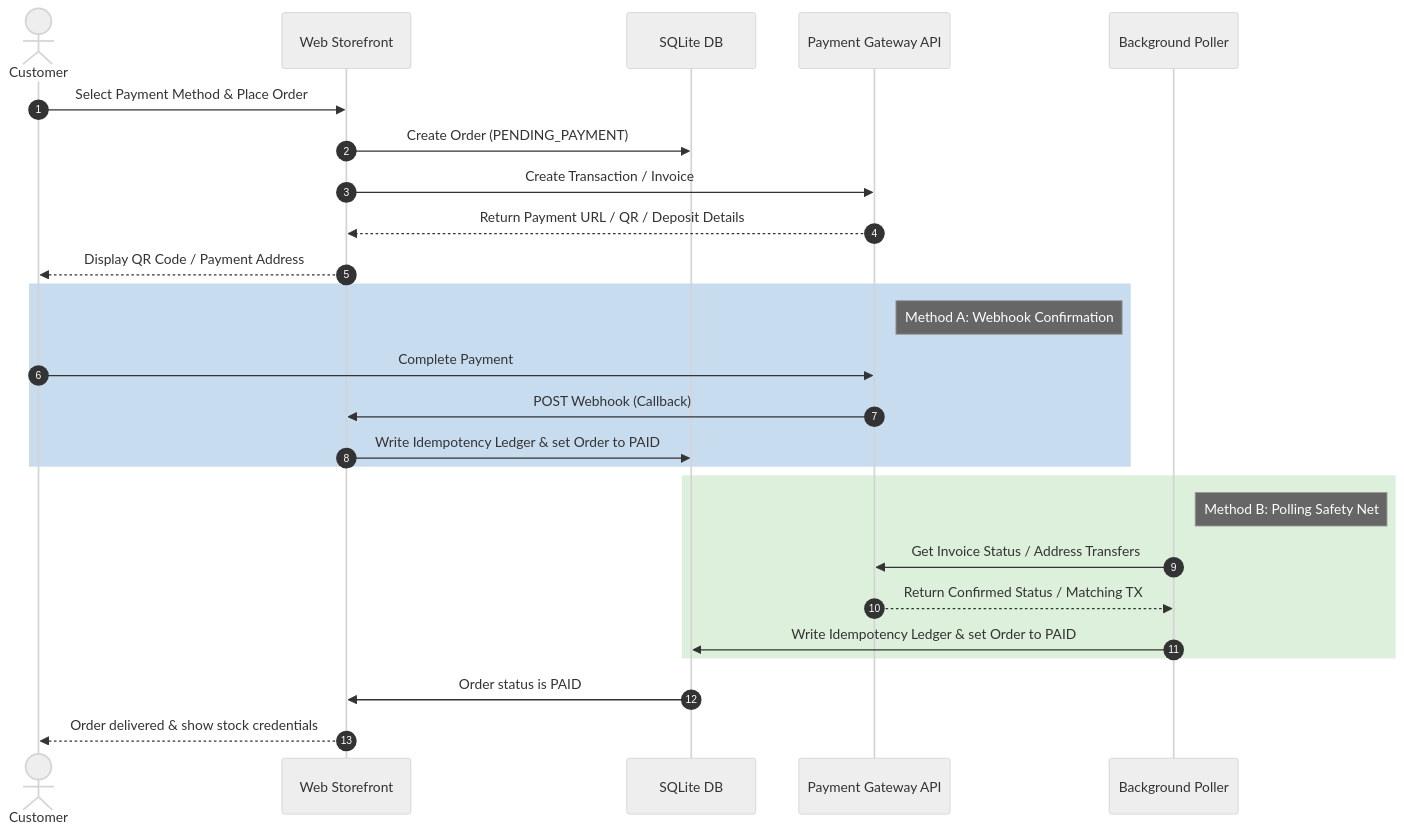
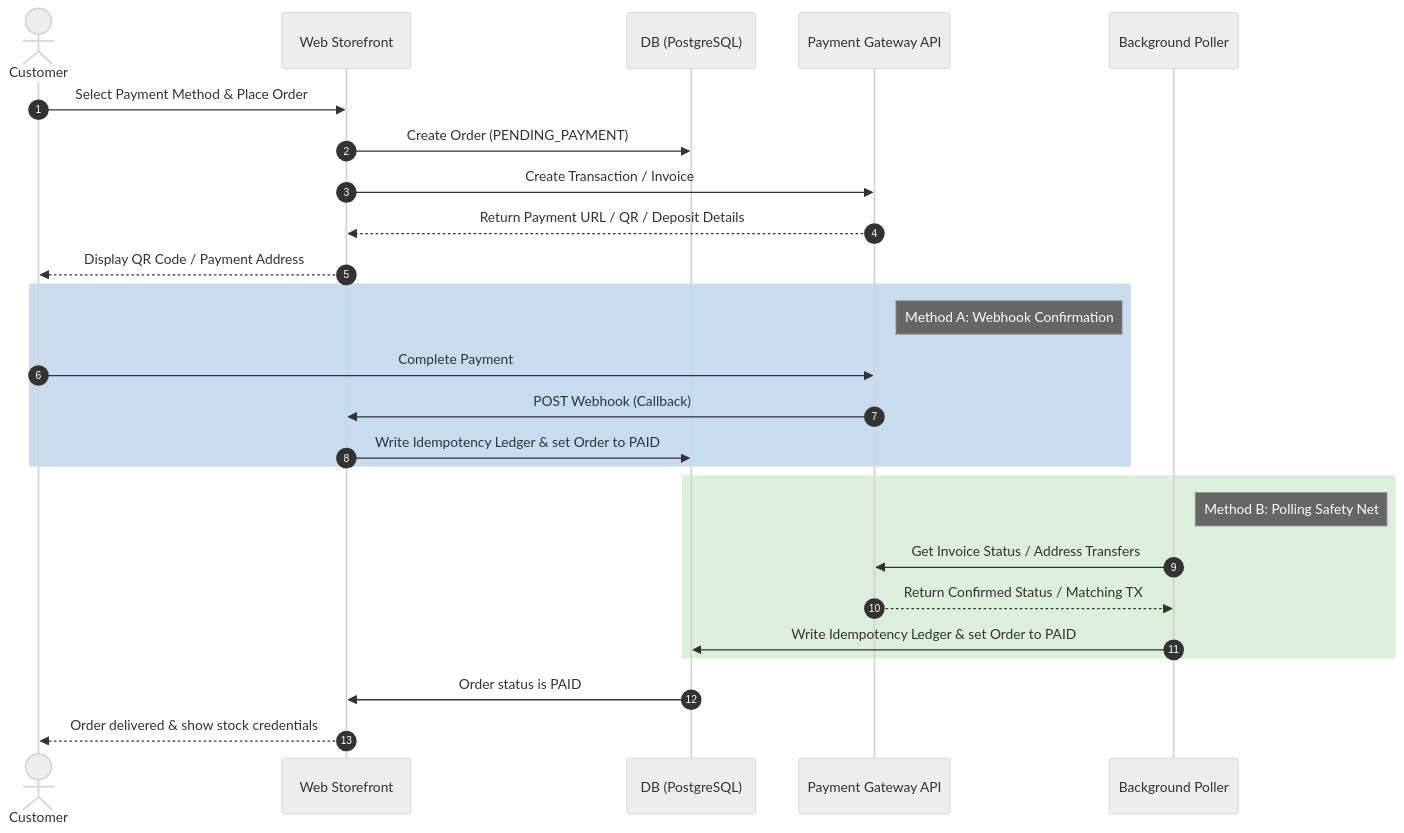
The third of 3 diagrams in docs/PROJECT_ARCHITECTURE.md (ilhamalifsaputra/web-and-bot-order), drawn with Mermaid (neutral theme) before and after one commit. The commit also changed other lines of this file and 1 other file, not shown here.

First line of the commit message:
docs: fix stale SQLite-as-current-engine claims in architecture docs

````diff
--- a/docs/PROJECT_ARCHITECTURE.md
+++ b/docs/PROJECT_ARCHITECTURE.md
@@ -443,32 +443,32 @@
 ```mermaid
 sequenceDiagram
     autonumber
     actor Customer
     participant Shop as Web Storefront
-    participant DB as SQLite DB
+    participant DB as DB (PostgreSQL)
     participant Gateway as Payment Gateway API
     participant Worker as Background Poller
 
     Customer->>Shop: Select Payment Method & Place Order
     Shop->>DB: Create Order (PENDING_PAYMENT)
     Shop->>Gateway: Create Transaction / Invoice
     Gateway-->>Shop: Return Payment URL / QR / Deposit Details
     Shop-->>Customer: Display QR Code / Payment Address
     
     rect rgb(200, 220, 240)
         note right of Gateway: Method A: Webhook Confirmation
         Customer->>Gateway: Complete Payment
         Gateway->>Shop: POST Webhook (Callback)
         Shop->>DB: Write Idempotency Ledger & set Order to PAID
     end
 
     rect rgb(220, 240, 220)
         note right of Worker: Method B: Polling Safety Net
         Worker->>Gateway: Get Invoice Status / Address Transfers
         Gateway-->>Worker: Return Confirmed Status / Matching TX
         Worker->>DB: Write Idempotency Ledger & set Order to PAID
     end
 
     DB->>Shop: Order status is PAID
     Shop-->>Customer: Order delivered & show stock credentials
 ```
````
